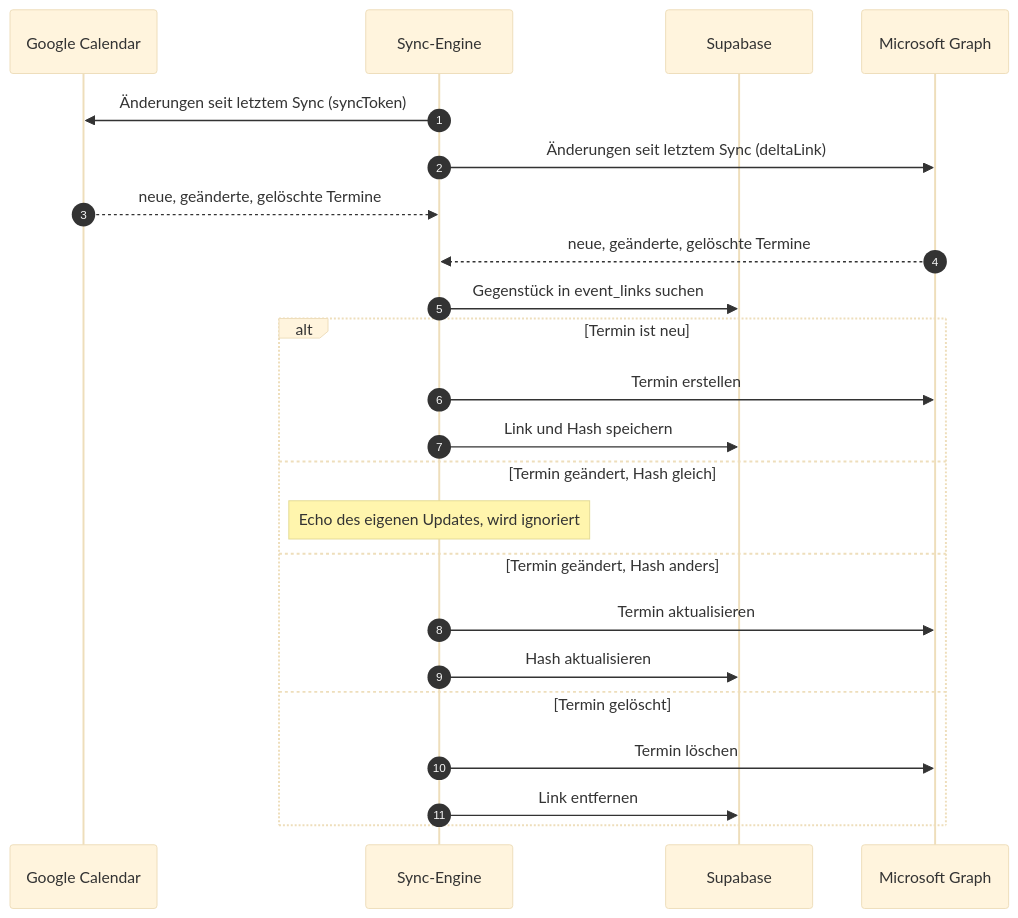
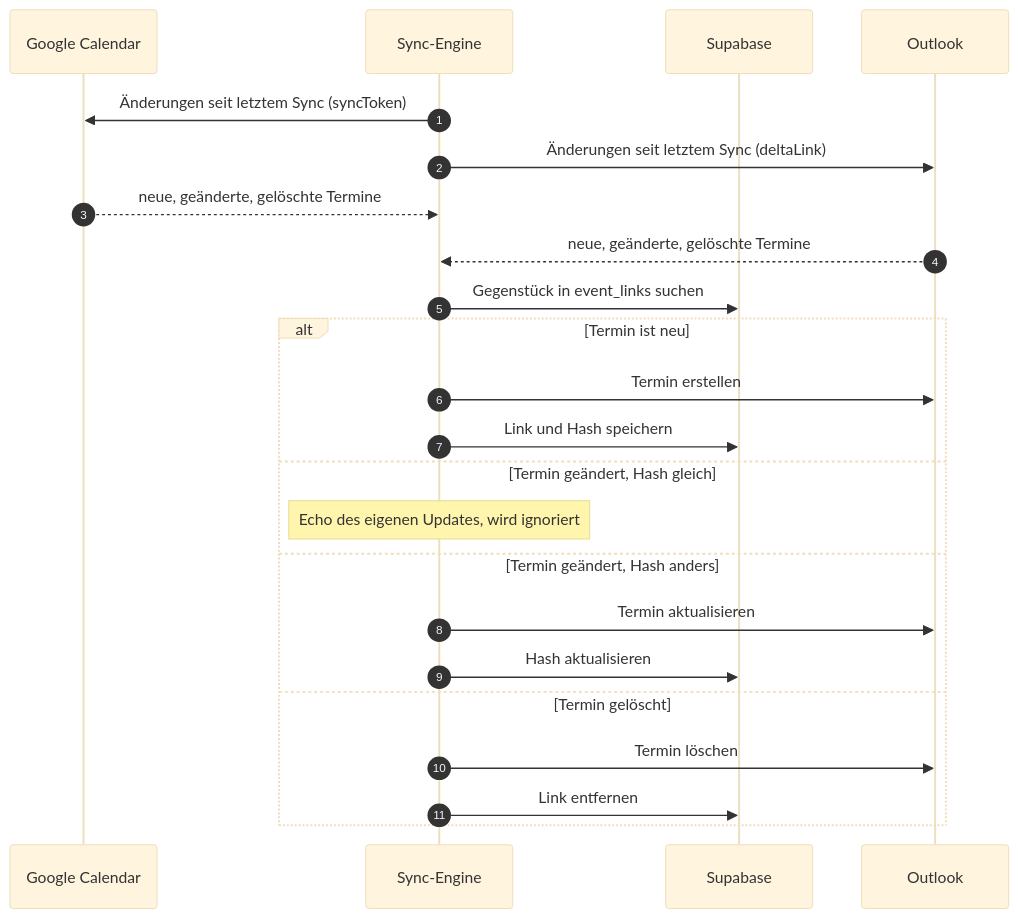
Before and after one commit to Namir1234/easy-Calender: the first of 2 diagrams in README.md, drawn with Mermaid (base theme). The commit also changed other lines of this file and 8 other files, not shown here.

````diff
--- a/README.md
+++ b/README.md
@@ -81,27 +97,27 @@
 ```mermaid
 sequenceDiagram
     autonumber
     participant G as Google Calendar
     participant E as Sync-Engine
     participant DB as Supabase
-    participant M as Microsoft Graph
+    participant M as Outlook
 
     E->>G: Änderungen seit letztem Sync (syncToken)
     E->>M: Änderungen seit letztem Sync (deltaLink)
     G-->>E: neue, geänderte, gelöschte Termine
     M-->>E: neue, geänderte, gelöschte Termine
     E->>DB: Gegenstück in event_links suchen
 
     alt Termin ist neu
         E->>M: Termin erstellen
         E->>DB: Link und Hash speichern
     else Termin geändert, Hash gleich
         Note over E: Echo des eigenen Updates, wird ignoriert
     else Termin geändert, Hash anders
         E->>M: Termin aktualisieren
         E->>DB: Hash aktualisieren
     else Termin gelöscht
         E->>M: Termin löschen
         E->>DB: Link entfernen
     end
 ```
````
